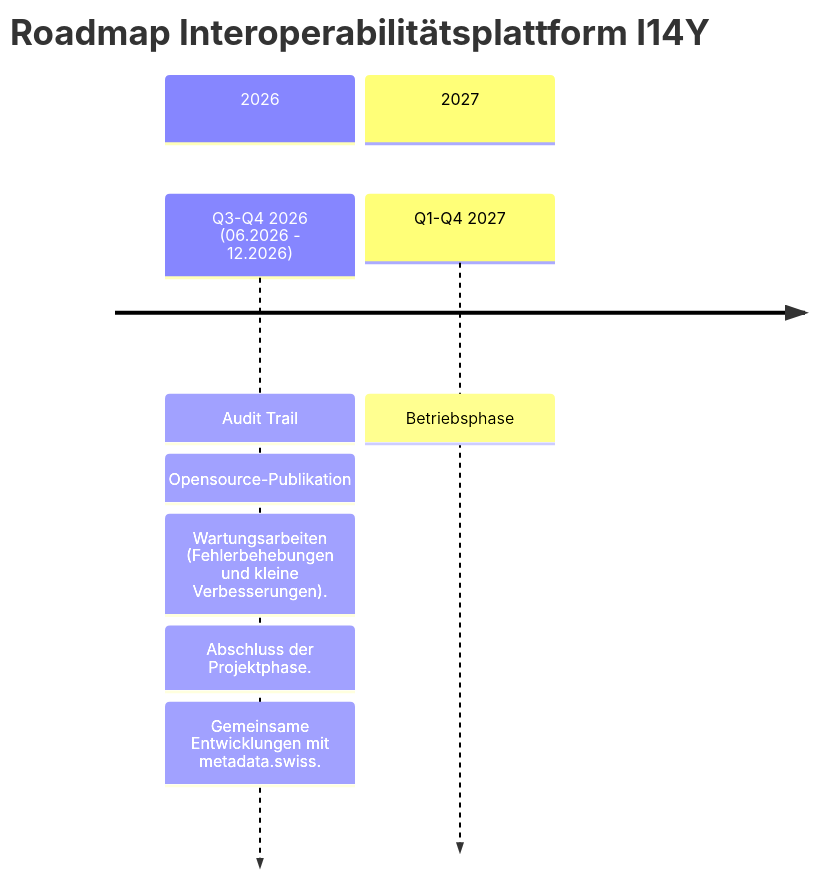
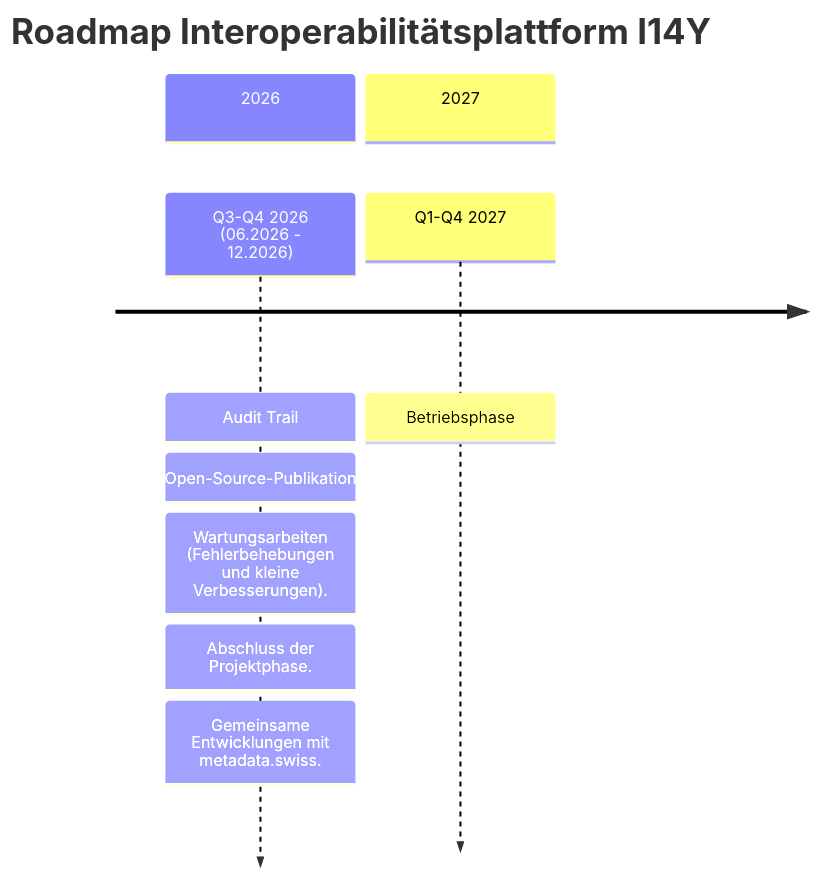
The diagram in content/de/plattform/roadmap.md (I14Y-ch/handbook), drawn with Mermaid before and after one commit. The commit also changed other lines of this file and 4 other files, not shown here.

```diff
--- a/content/de/plattform/roadmap.md
+++ b/content/de/plattform/roadmap.md
@@ -23,18 +23,18 @@
 {{< mermaid width="650px" >}}
 timeline
     title Roadmap Interoperabilitätsplattform I14Y
 
     section 2026
 
         Q3-Q4 2026 (06.2026 - 12.2026)
         : Audit Trail
-        : Opensource-Publikation
+        : Open-Source-Publikation
         : Wartungsarbeiten (Fehlerbehebungen und kleine Verbesserungen).
         : Abschluss der Projektphase. 
         : Gemeinsame Entwicklungen mit metadata.swiss.
 
     section 2027
         Q1-Q4 2027
         : Betriebsphase
 
 {{< /mermaid >}}
```
